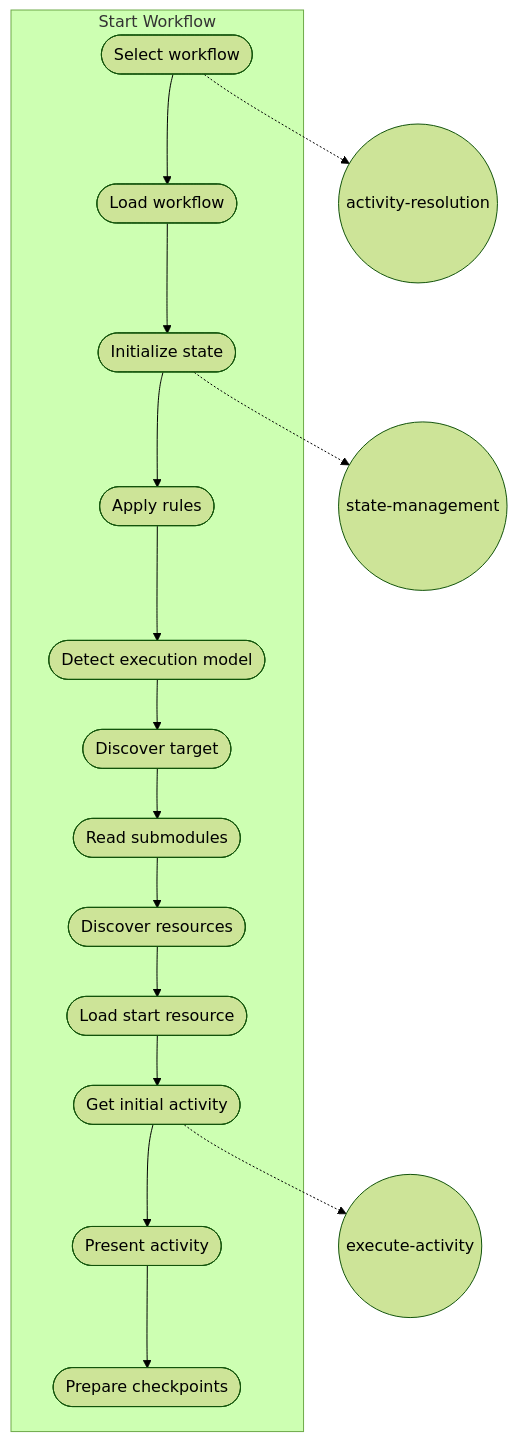
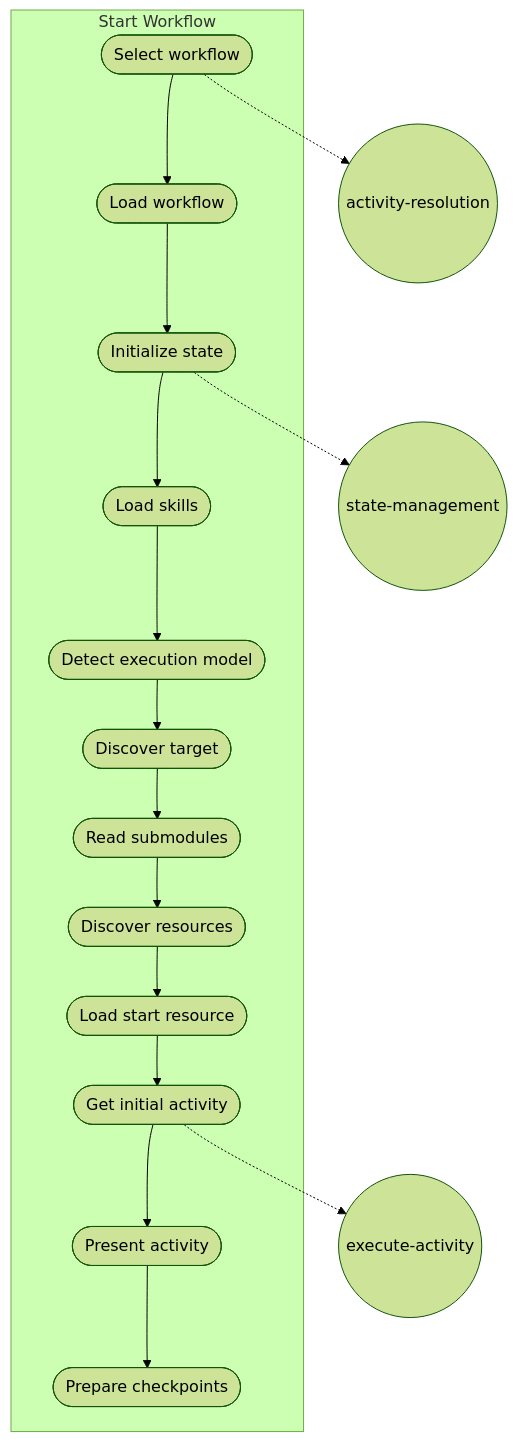
Before and after one commit to m2ux/workflow-server: the second of 4 diagrams in meta/README.md, drawn with Mermaid (forest theme). The commit also changed other lines of this file, not shown here.

First line of the commit message:
docs: update meta README with session-protocol and agent-conduct skills (#90)

````diff
--- a/meta/README.md
+++ b/meta/README.md
@@ -44,27 +44,27 @@
 ```mermaid
 graph TD
     subgraph start-workflow[Start Workflow]
         s1([Select workflow])
         s2([Load workflow])
         s3([Initialize state])
-        s4([Apply rules])
+        s4([Load skills])
         s5([Detect execution model])
         s6([Discover target])
         s7([Read submodules])
         s8([Discover resources])
         s9([Load start resource])
         s10([Get initial activity])
         s11([Present activity])
         s12([Prepare checkpoints])
         
         s1 --> s2 --> s3 --> s4 --> s5 --> s6 --> s7 --> s8 --> s9 --> s10 --> s11 --> s12
     end
     
     skill1((execute-activity))
     skill2((activity-resolution))
     skill3((state-management))
     
     s1 -.-> skill2
     s3 -.-> skill3
     s10 -.-> skill1
 ```
````
